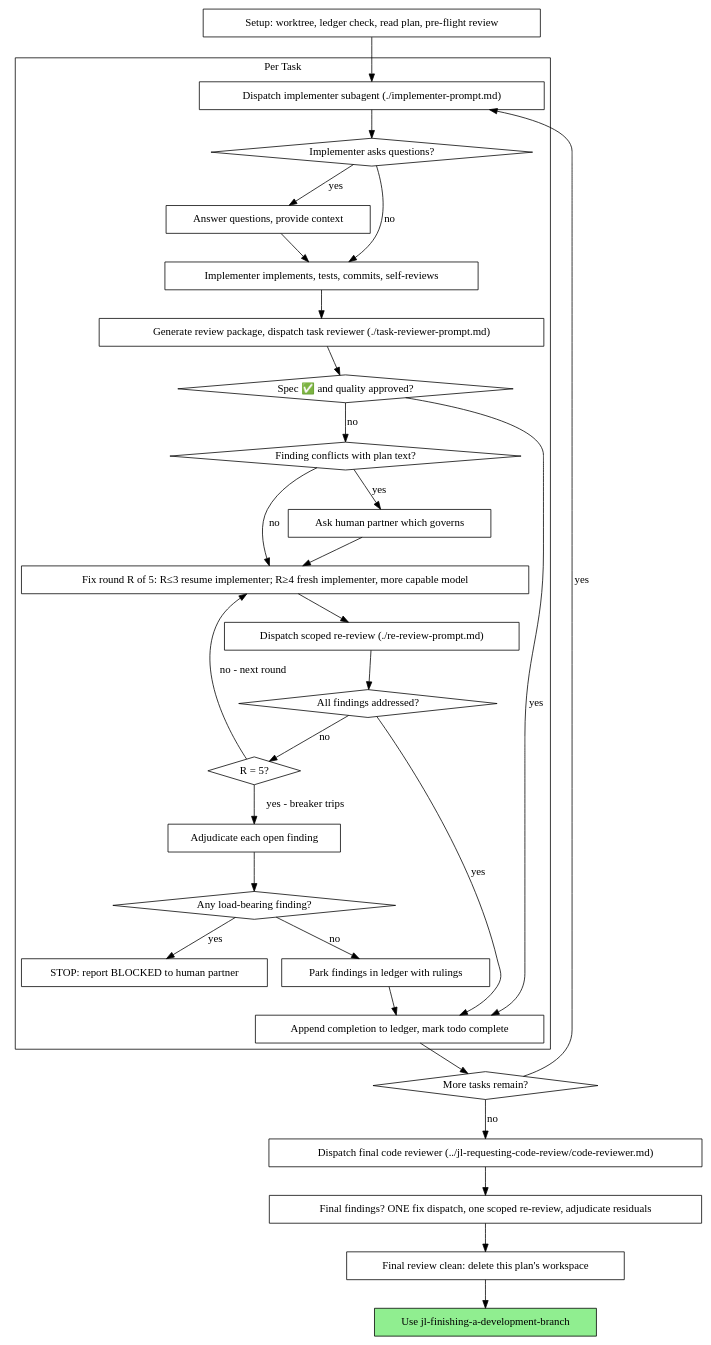
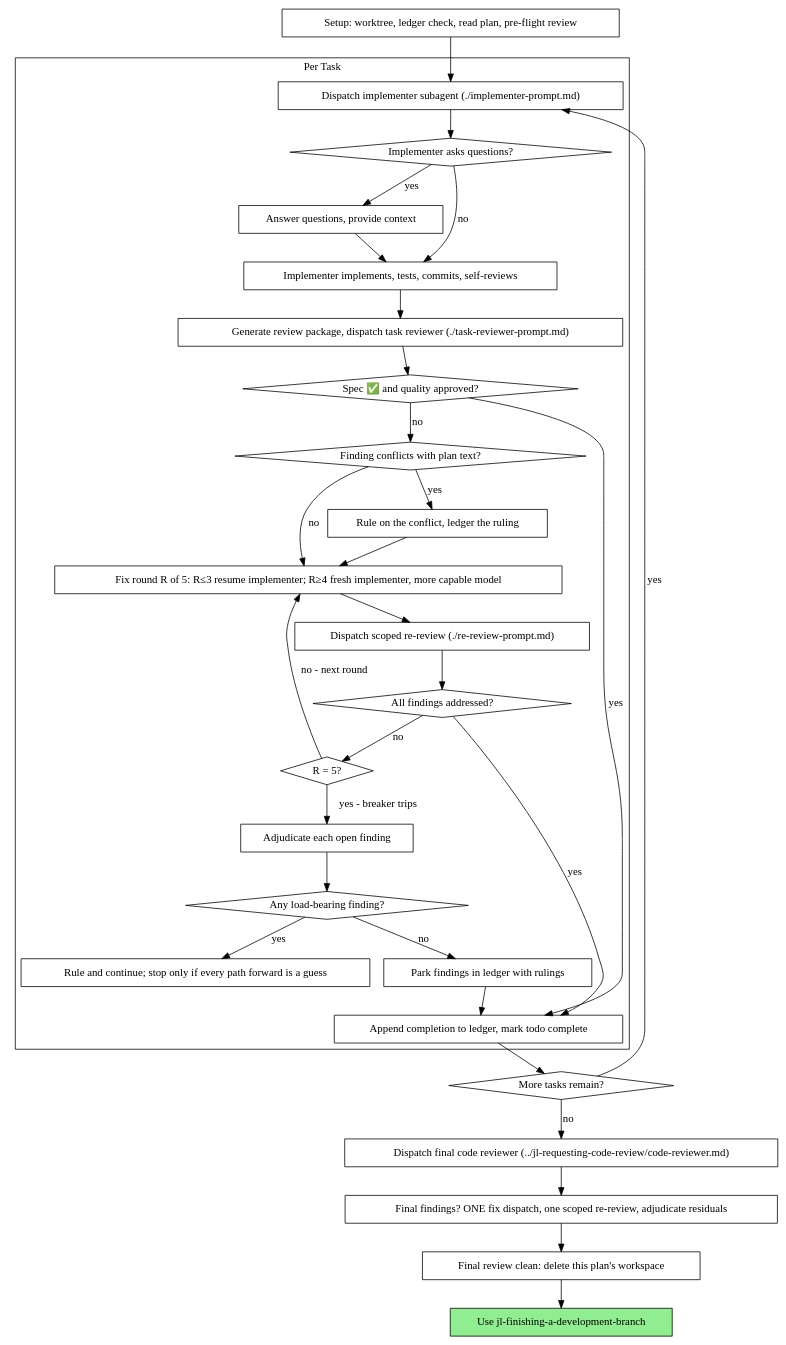
One commit to hufaei/my-skills changed the second of 2 diagrams in synced/jl-subagent-driven-development/SKILL.md. Above: the diagram before and after it, drawn with Graphviz. The commit also changed other lines of this file and 13 other files, not shown here.

Commit message:
Refresh prompt architecture and synced skills

````diff
--- a/synced/jl-subagent-driven-development/SKILL.md
+++ b/synced/jl-subagent-driven-development/SKILL.md
@@ -47,62 +61,62 @@
 ```dot
 digraph process {
     rankdir=TB;
 
     subgraph cluster_per_task {
         label="Per Task";
         "Dispatch implementer subagent (./implementer-prompt.md)" [shape=box];
         "Implementer asks questions?" [shape=diamond];
         "Answer questions, provide context" [shape=box];
         "Implementer implements, tests, commits, self-reviews" [shape=box];
         "Generate review package, dispatch task reviewer (./task-reviewer-prompt.md)" [shape=box];
         "Spec ✅ and quality approved?" [shape=diamond];
         "Finding conflicts with plan text?" [shape=diamond];
-        "Ask human partner which governs" [shape=box];
+        "Rule on the conflict, ledger the ruling" [shape=box];
         "Fix round R of 5: R≤3 resume implementer; R≥4 fresh implementer, more capable model" [shape=box];
         "Dispatch scoped re-review (./re-review-prompt.md)" [shape=box];
         "All findings addressed?" [shape=diamond];
         "R = 5?" [shape=diamond];
         "Adjudicate each open finding" [shape=box];
         "Any load-bearing finding?" [shape=diamond];
-        "STOP: report BLOCKED to human partner" [shape=box];
+        "Rule and continue; stop only if every path forward is a guess" [shape=box];
         "Park findings in ledger with rulings" [shape=box];
         "Append completion to ledger, mark todo complete" [shape=box];
     }
 
     "Setup: worktree, ledger check, read plan, pre-flight review" [shape=box];
     "More tasks remain?" [shape=diamond];
     "Dispatch final code reviewer (../jl-requesting-code-review/code-reviewer.md)" [shape=box];
     "Final findings? ONE fix dispatch, one scoped re-review, adjudicate residuals" [shape=box];
     "Final review clean: delete this plan's workspace" [shape=box];
     "Use jl-finishing-a-development-branch" [shape=box style=filled fillcolor=lightgreen];
 
     "Setup: worktree, ledger check, read plan, pre-flight review" -> "Dispatch implementer subagent (./implementer-prompt.md)";
     "Dispatch implementer subagent (./implementer-prompt.md)" -> "Implementer asks questions?";
     "Implementer asks questions?" -> "Answer questions, provide context" [label="yes"];
     "Answer questions, provide context" -> "Implementer implements, tests, commits, self-reviews";
     "Implementer asks questions?" -> "Implementer implements, tests, commits, self-reviews" [label="no"];
     "Implementer implements, tests, commits, self-reviews" -> "Generate review package, dispatch task reviewer (./task-reviewer-prompt.md)";
     "Generate review package, dispatch task reviewer (./task-reviewer-prompt.md)" -> "Spec ✅ and quality approved?";
     "Spec ✅ and quality approved?" -> "Append completion to ledger, mark todo complete" [label="yes"];
     "Spec ✅ and quality approved?" -> "Finding conflicts with plan text?" [label="no"];
-    "Finding conflicts with plan text?" -> "Ask human partner which governs" [label="yes"];
-    "Ask human partner which governs" -> "Fix round R of 5: R≤3 resume implementer; R≥4 fresh implementer, more capable model";
+    "Finding conflicts with plan text?" -> "Rule on the conflict, ledger the ruling" [label="yes"];
+    "Rule on the conflict, ledger the ruling" -> "Fix round R of 5: R≤3 resume implementer; R≥4 fresh implementer, more capable model";
     "Finding conflicts with plan text?" -> "Fix round R of 5: R≤3 resume implementer; R≥4 fresh implementer, more capable model" [label="no"];
     "Fix round R of 5: R≤3 resume implementer; R≥4 fresh implementer, more capable model" -> "Dispatch scoped re-review (./re-review-prompt.md)";
     "Dispatch scoped re-review (./re-review-prompt.md)" -> "All findings addressed?";
     "All findings addressed?" -> "Append completion to ledger, mark todo complete" [label="yes"];
     "All findings addressed?" -> "R = 5?" [label="no"];
     "R = 5?" -> "Fix round R of 5: R≤3 resume implementer; R≥4 fresh implementer, more capable model" [label="no - next round"];
     "R = 5?" -> "Adjudicate each open finding" [label="yes - breaker trips"];
     "Adjudicate each open finding" -> "Any load-bearing finding?";
-    "Any load-bearing finding?" -> "STOP: report BLOCKED to human partner" [label="yes"];
+    "Any load-bearing finding?" -> "Rule and continue; stop only if every path forward is a guess" [label="yes"];
     "Any load-bearing finding?" -> "Park findings in ledger with rulings" [label="no"];
     "Park findings in ledger with rulings" -> "Append completion to ledger, mark todo complete";
     "Append completion to ledger, mark todo complete" -> "More tasks remain?";
     "More tasks remain?" -> "Dispatch implementer subagent (./implementer-prompt.md)" [label="yes"];
     "More tasks remain?" -> "Dispatch final code reviewer (../jl-requesting-code-review/code-reviewer.md)" [label="no"];
     "Dispatch final code reviewer (../jl-requesting-code-review/code-reviewer.md)" -> "Final findings? ONE fix dispatch, one scoped re-review, adjudicate residuals";
     "Final findings? ONE fix dispatch, one scoped re-review, adjudicate residuals" -> "Final review clean: delete this plan's workspace";
     "Final review clean: delete this plan's workspace" -> "Use jl-finishing-a-development-branch";
 }
 ```
````
